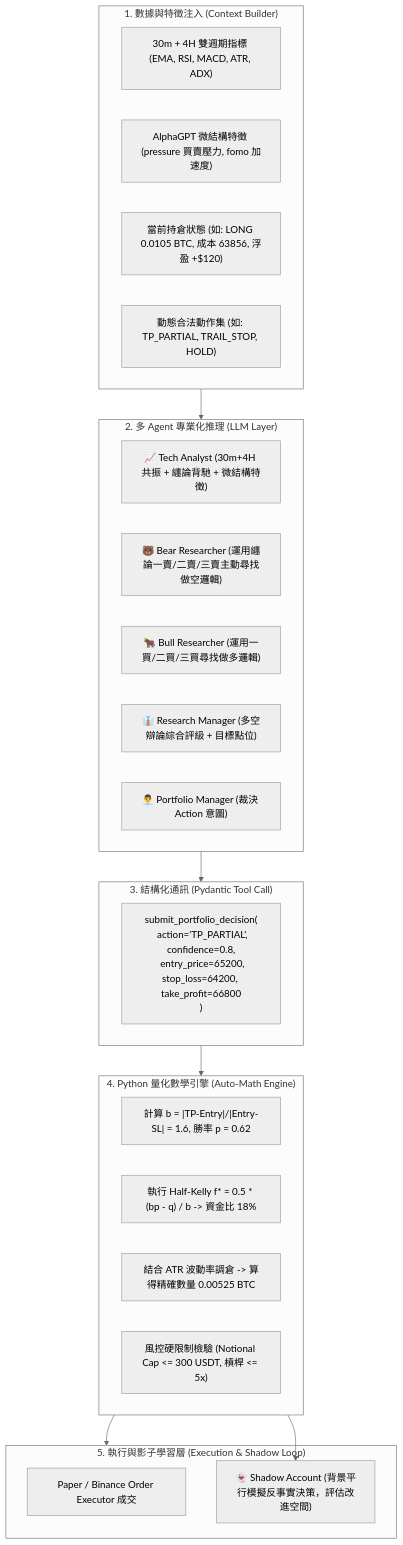
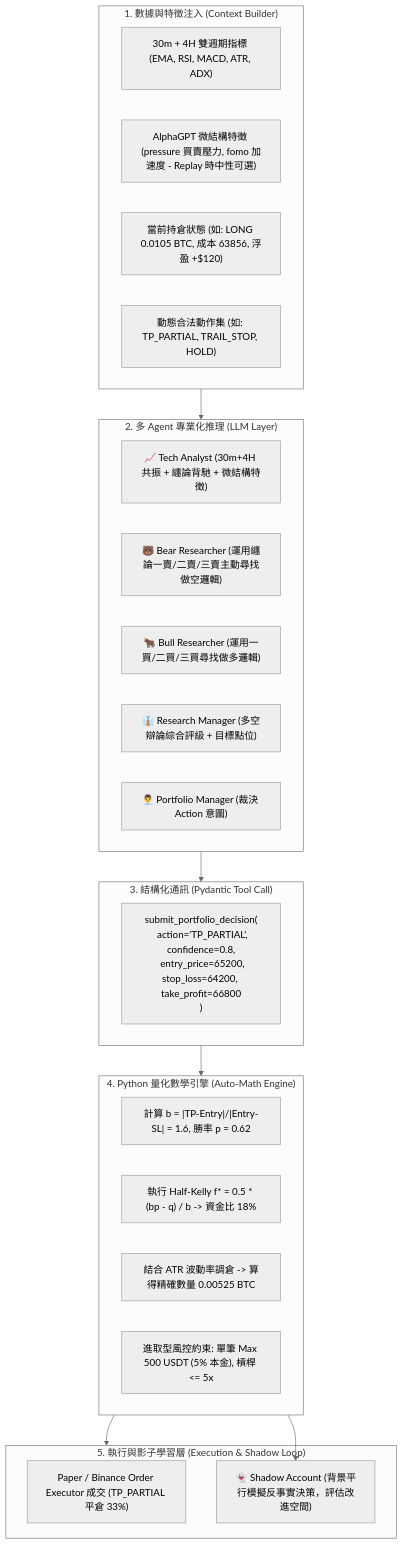
Before and after one commit to dimx9173/vibe-trading-encyc: the third of 3 diagrams in docs/research/vbt-architecture-strategy-improvement-plan.md, drawn with Mermaid (neutral theme). The commit also changed other lines of this file, not shown here.

````diff
--- a/docs/research/vbt-architecture-strategy-improvement-plan.md
+++ b/docs/research/vbt-architecture-strategy-improvement-plan.md
@@ -89,36 +89,36 @@
 ```mermaid
 flowchart TD
     subgraph S1 ["1. 數據與特徵注入 (Context Builder)"]
         D1["30m + 4H 雙週期指標 (EMA, RSI, MACD, ATR, ADX)"]
-        D2["AlphaGPT 微結構特徵 (pressure 買賣壓力, fomo 加速度)"]
+        D2["AlphaGPT 微結構特徵 (pressure 買賣壓力, fomo 加速度 - Replay 時中性可選)"]
         D3["當前持倉狀態 (如: LONG 0.0105 BTC, 成本 63856, 浮盈 +$120)"]
         D4["動態合法動作集 (如: TP_PARTIAL, TRAIL_STOP, HOLD)"]
     end
 
     subgraph S2 ["2. 多 Agent 專業化推理 (LLM Layer)"]
         Tech["📈 Tech Analyst (30m+4H 共振 + 纏論背馳 + 微結構特徵)"]
         Bear["🐻 Bear Researcher (運用纏論一賣/二賣/三賣主動尋找做空邏輯)"]
         Bull["🐂 Bull Researcher (運用一買/二買/三買尋找做多邏輯)"]
         RM["👔 Research Manager (多空辯論綜合評級 + 目標點位)"]
         PM["👨‍💼 Portfolio Manager (裁決 Action 意圖)"]
     end
 
     subgraph S3 ["3. 結構化通訊 (Pydantic Tool Call)"]
         TC["submit_portfolio_decision(<br/>  action='TP_PARTIAL', confidence=0.8,<br/>  entry_price=65200, stop_loss=64200, take_profit=66800<br/>)"]
     end
 
     subgraph S4 ["4. Python 量化數學引擎 (Auto-Math Engine)"]
         M1["計算 b = |TP-Entry|/|Entry-SL| = 1.6, 勝率 p = 0.62"]
         M2["執行 Half-Kelly f* = 0.5 * (bp - q) / b -> 資金比 18%"]
         M3["結合 ATR 波動率調倉 -> 算得精確數量 0.00525 BTC"]
-        M4["風控硬限制檢驗 (Notional Cap <= 300 USDT, 槓桿 <= 5x)"]
+        M4["進取型風控約束: 單筆 Max 500 USDT (5% 本金), 槓桿 <= 5x"]
     end
 
     subgraph S5 ["5. 執行與影子學習層 (Execution & Shadow Loop)"]
-        EX["Paper / Binance Order Executor 成交"]
+        EX["Paper / Binance Order Executor 成交 (TP_PARTIAL 平倉 33%)"]
         Shadow["👻 Shadow Account (背景平行模擬反事實決策，評估改進空間)"]
     end
 
     S1 --> S2 --> S3 --> S4 --> S5
     S4 --> Shadow
 ```
````
